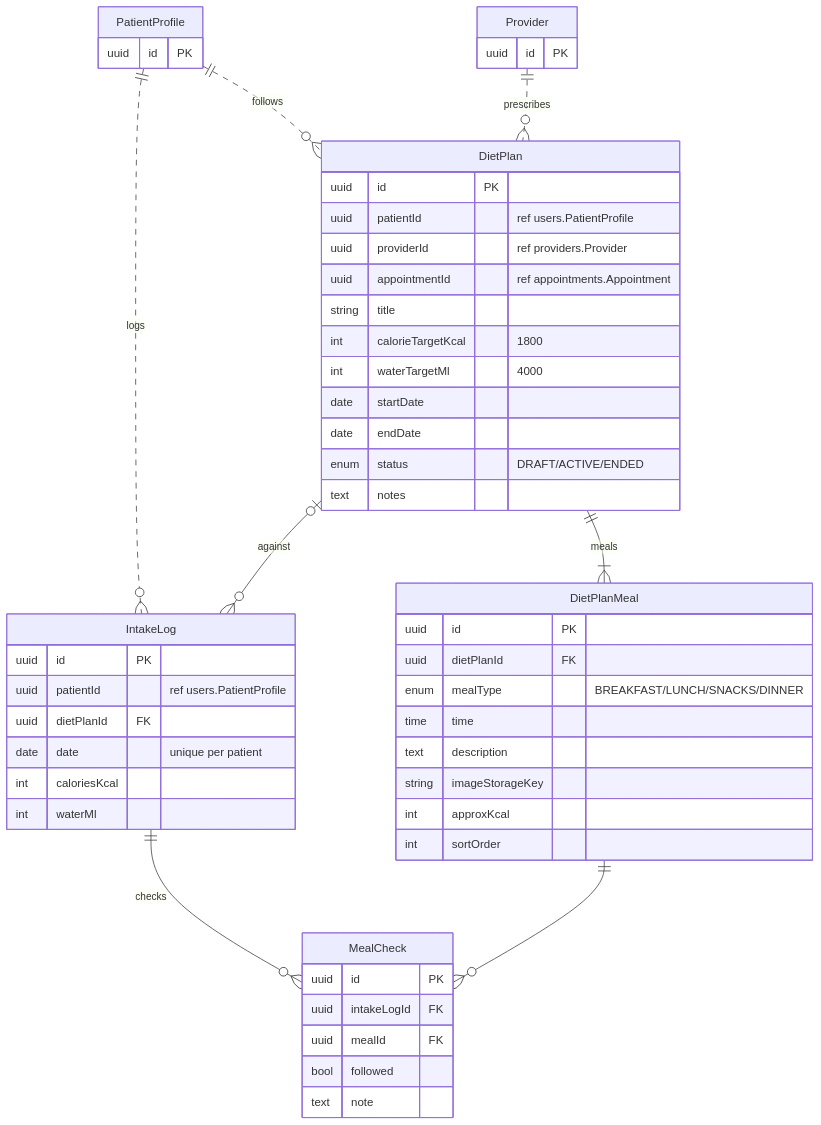
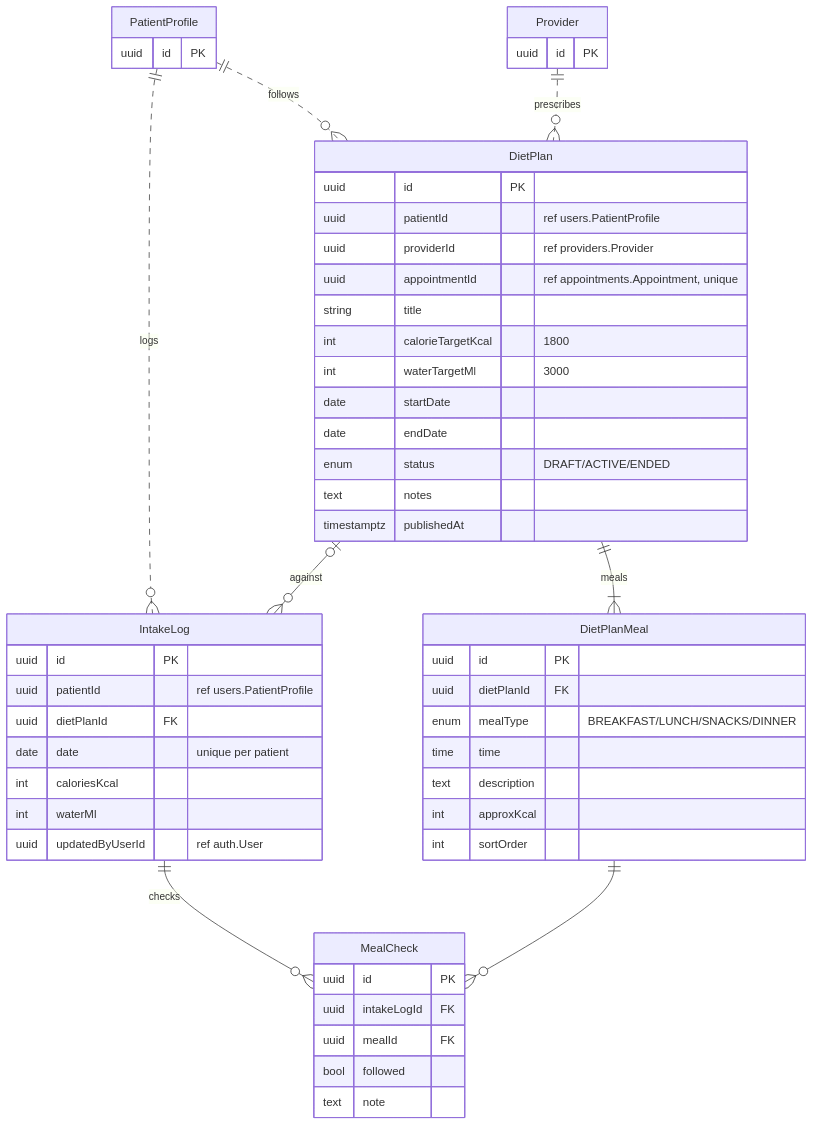
Before and after one commit to alamin00006/daily-health: the ninth of 16 diagrams in erd.md, drawn with Mermaid. The commit also changed other lines of this file and 267 other files, not shown here.

````diff
--- a/erd.md
+++ b/erd.md
@@ -704,54 +818,55 @@
 ```mermaid
 erDiagram
 PatientProfile {
   uuid id PK
 }
 Provider {
   uuid id PK
 }
 DietPlan {
   uuid id PK
   uuid patientId "ref users.PatientProfile"
   uuid providerId "ref providers.Provider"
-  uuid appointmentId "ref appointments.Appointment"
+  uuid appointmentId "ref appointments.Appointment, unique"
   string title
   int calorieTargetKcal "1800"
-  int waterTargetMl "4000"
+  int waterTargetMl "3000"
   date startDate
   date endDate
   enum status "DRAFT/ACTIVE/ENDED"
   text notes
+  timestamptz publishedAt
 }
 DietPlanMeal {
   uuid id PK
   uuid dietPlanId FK
   enum mealType "BREAKFAST/LUNCH/SNACKS/DINNER"
   time time
   text description
-  string imageStorageKey
   int approxKcal
   int sortOrder
 }
 IntakeLog {
   uuid id PK
   uuid patientId "ref users.PatientProfile"
   uuid dietPlanId FK
   date date "unique per patient"
   int caloriesKcal
   int waterMl
+  uuid updatedByUserId "ref auth.User"
 }
 MealCheck {
   uuid id PK
   uuid intakeLogId FK
   uuid mealId FK
   bool followed
   text note
 }
 PatientProfile ||..o{ DietPlan : "follows"
 Provider ||..o{ DietPlan : "prescribes"
 DietPlan ||--|{ DietPlanMeal : "meals"
 PatientProfile ||..o{ IntakeLog : "logs"
 DietPlan |o--o{ IntakeLog : "against"
 IntakeLog ||--o{ MealCheck : "checks"
 DietPlanMeal ||--o{ MealCheck : ""
 ```
````
